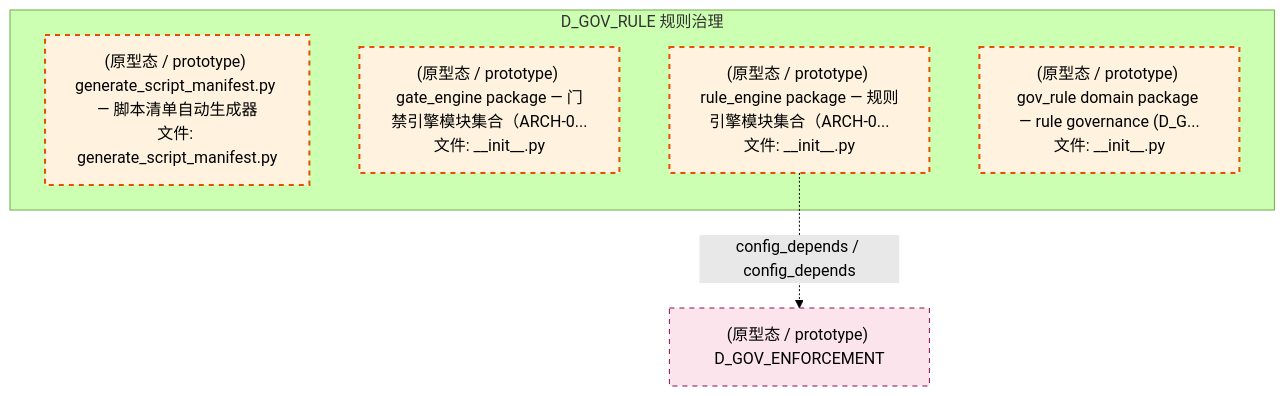
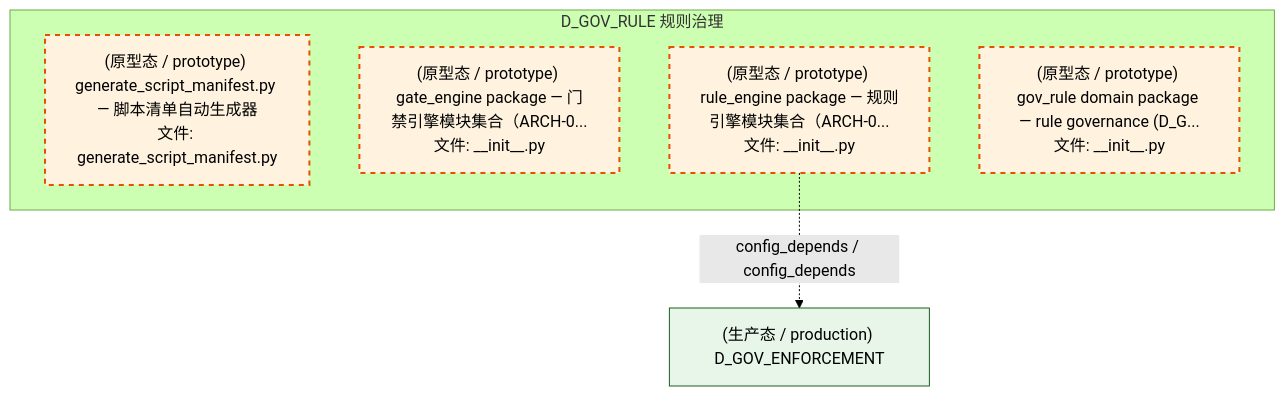
Before and after one commit to xuanFelixVan/ZephyrAlpha: the fourth of 5 diagrams in docs/02_enterprise_architecture/02_domain_architecture_docs/45_d_gov_rule.md, drawn with Mermaid (forest theme). The commit also changed other lines of this file and 99 other files, not shown here.

````diff
--- a/docs/02_enterprise_architecture/02_domain_architecture_docs/45_d_gov_rule.md
+++ b/docs/02_enterprise_architecture/02_domain_architecture_docs/45_d_gov_rule.md
@@ -348,17 +348,17 @@
 ```mermaid
 graph TD
     subgraph D_GOV_RULE["D_GOV_RULE 规则治理"]
         scripts_governance_generators_generate_script_manifest_py["(原型态 / prototype) generate_script_manifest.py — 脚本清单自动生成器<br/>文件: generate_script_manifest.py"]
         src_zephyr_gov_enforcement_rule_enforcement_gate_engine_init_py["(原型态 / prototype) gate_engine package — 门禁引擎模块集合（ARCH-0...<br/>文件: __init__.py"]
         src_zephyr_gov_enforcement_rule_enforcement_rule_engine_init_py["(原型态 / prototype) rule_engine package — 规则引擎模块集合（ARCH-0...<br/>文件: __init__.py"]
         src_zephyr_gov_rule_init_py["(原型态 / prototype) gov_rule domain package — rule governance (D_G...<br/>文件: __init__.py"]
     end
-    D_GOV_ENFORCEMENT["(原型态 / prototype) D_GOV_ENFORCEMENT"]
+    D_GOV_ENFORCEMENT["(生产态 / production) D_GOV_ENFORCEMENT"]
     src_zephyr_gov_enforcement_rule_enforcement_rule_engine_init_py -.->|config_depends / config_depends| D_GOV_ENFORCEMENT
     classDef production fill:#e1f5fe,stroke:#01579b,stroke-width:2px,color:#000
     classDef design fill:#fff3e0,stroke:#e65100,stroke-width:2px,color:#000,stroke-dasharray: 5 5
     classDef external_prod fill:#e8f5e9,stroke:#1b5e20,stroke-width:1px,color:#000
     classDef external_design fill:#fce4ec,stroke:#880e4f,stroke-width:1px,color:#000,stroke-dasharray: 5 5
     class scripts_governance_generators_generate_script_manifest_py,src_zephyr_gov_enforcement_rule_enforcement_gate_engine_init_py,src_zephyr_gov_enforcement_rule_enforcement_rule_engine_init_py,src_zephyr_gov_rule_init_py design
-    class D_GOV_ENFORCEMENT external_design
+    class D_GOV_ENFORCEMENT external_prod
 ```
````
